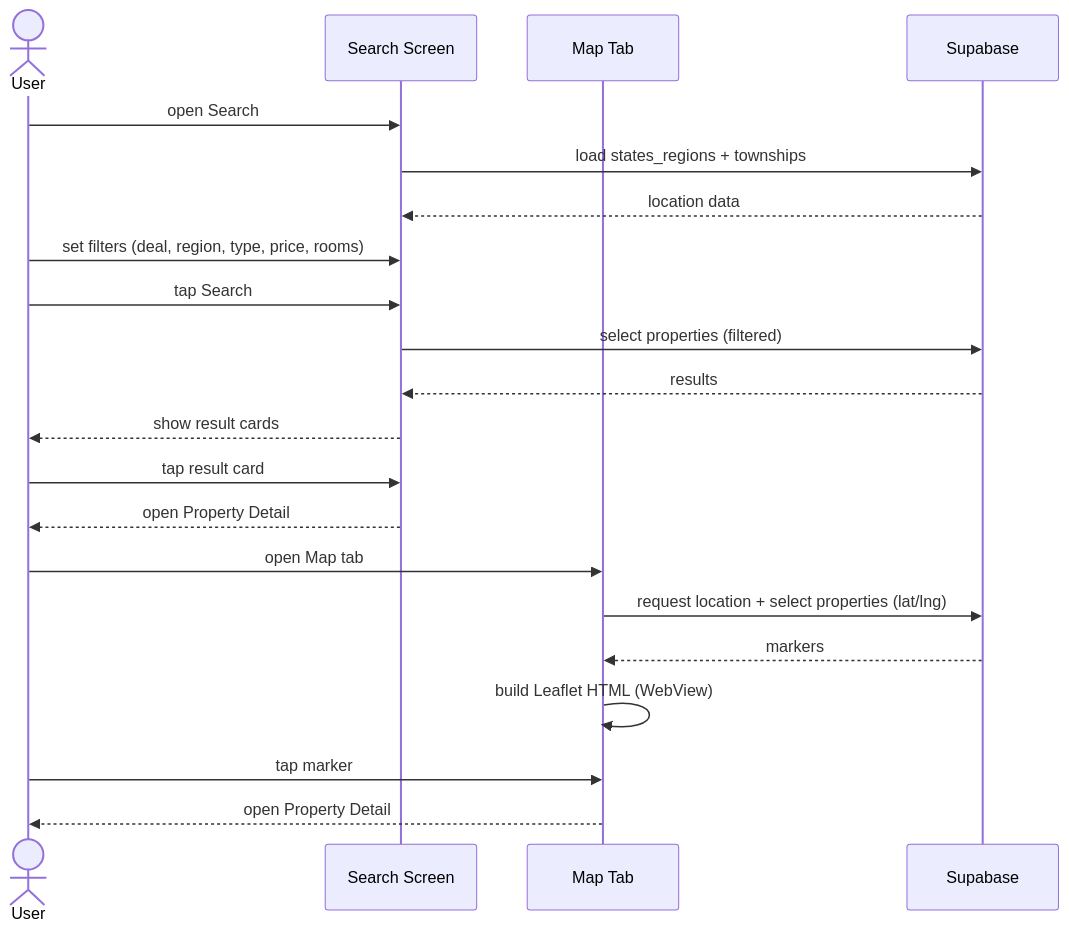
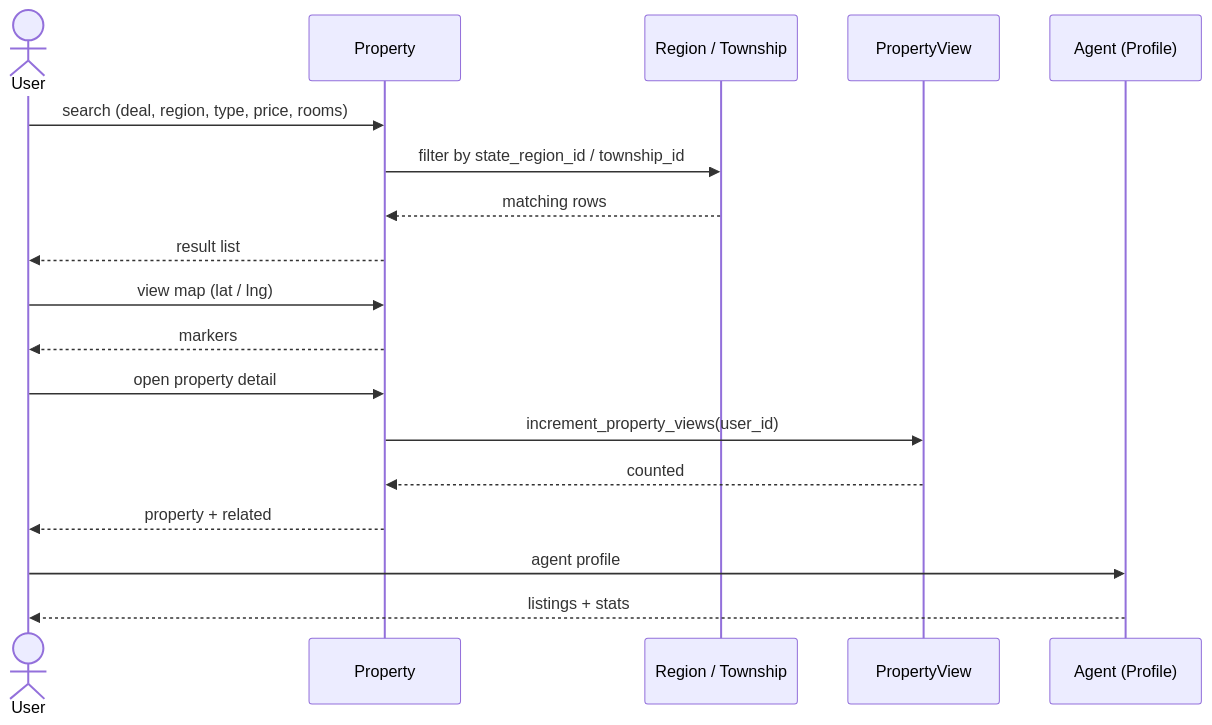
The diagram in docs/diagrams/sequence-search.mmd (phyothant-dev/nestfinder), drawn with Mermaid before and after one commit. The commit also changed 9 other files, not shown here.

Commit message:
Rewrite class diagram around DB tables and redraw sequence diagrams by use-case domain

```diff
--- a/docs/diagrams/sequence-search.mmd
+++ b/docs/diagrams/sequence-search.mmd
@@ -1,23 +1,19 @@
 sequenceDiagram
     actor User
-    participant SE as Search Screen
-    participant MA as Map Tab
-    participant SU as Supabase
+    participant P as Property
+    participant R as Region / Township
+    participant V as PropertyView
+    participant A as Agent (Profile)
 
-    User->>SE: open Search
-    SE->>SU: load states_regions + townships
-    SU-->>SE: location data
-    User->>SE: set filters (deal, region, type, price, rooms)
-    User->>SE: tap Search
-    SE->>SU: select properties (filtered)
-    SU-->>SE: results
-    SE-->>User: show result cards
-    User->>SE: tap result card
-    SE-->>User: open Property Detail
-
-    User->>MA: open Map tab
-    MA->>SU: request location + select properties (lat/lng)
-    SU-->>MA: markers
-    MA->>MA: build Leaflet HTML (WebView)
-    User->>MA: tap marker
-    MA-->>User: open Property Detail
+    User->>P: search (deal, region, type, price, rooms)
+    P->>R: filter by state_region_id / township_id
+    R-->>P: matching rows
+    P-->>User: result list
+    User->>P: view map (lat / lng)
+    P-->>User: markers
+    User->>P: open property detail
+    P->>V: increment_property_views(user_id)
+    V-->>P: counted
+    P-->>User: property + related
+    User->>A: agent profile
+    A-->>User: listings + stats
```
